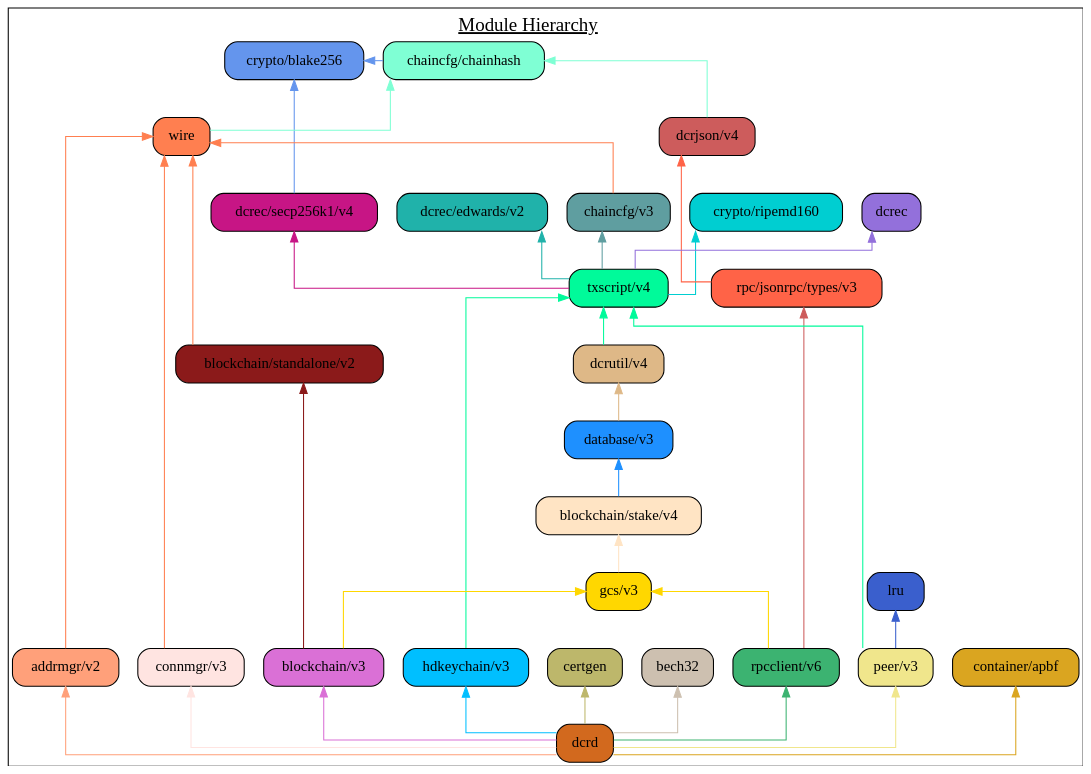
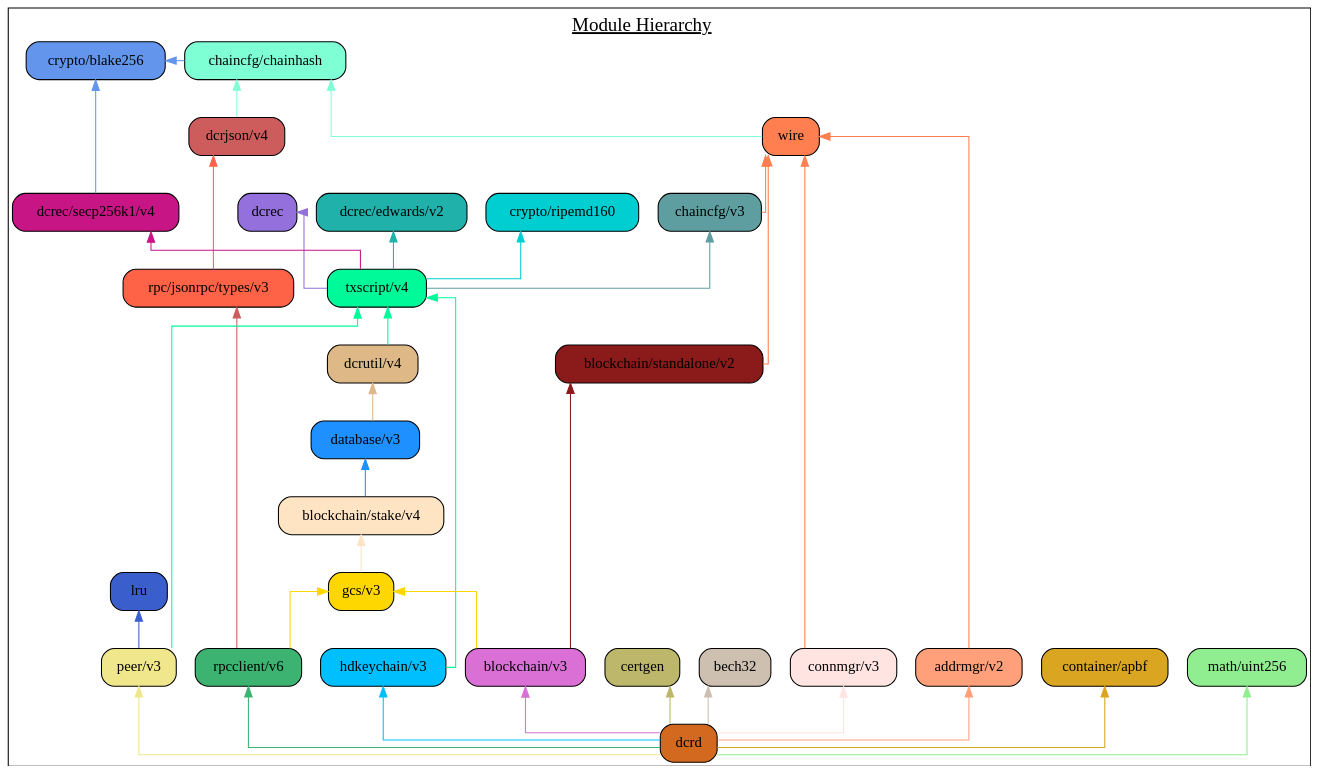
Before and after one commit to decred/dcrd: the diagram in docs/assets/module_hierarchy.gv, drawn with Graphviz. The commit also changed 2 other files, not shown here.

Commit message:
docs: Update for math/uint256 module.
This updates the docs/README.md file, module hierarchy graphviz, and
module hierarchy diagram to reflect the new module.

```diff
--- a/docs/assets/module_hierarchy.gv
+++ b/docs/assets/module_hierarchy.gv
@@ -1,75 +1,77 @@
 digraph {
 	graph [splines=ortho colorscheme=svg label=<<u>Module Hierarchy</u>> labelloc=t fontsize=18.0]
 	node [shape=box style="filled, rounded"]
 
 	blake256 [label="crypto/blake256" fillcolor=cornflowerblue]
 	ripemd160 [label="crypto/ripemd160" fillcolor=darkturquoise]
 	certgen [label="certgen" fillcolor=darkkhaki]
 	bech32 [label="bech32" fillcolor=antiquewhite3]
 	chainhash [label="chaincfg/chainhash" fillcolor=aquamarine]
 	dcrjson [label="dcrjson/v4" fillcolor=indianred]
 	types [label="rpc/jsonrpc/types/v3" fillcolor=tomato]
 	wire [label="wire" fillcolor=coral]
 	addrmgr [label="addrmgr/v2" fillcolor=lightsalmon]
 	chaincfg [label="chaincfg/v3" fillcolor=cadetblue]
 	connmgr [label="connmgr/v3" fillcolor=mistyrose]
 	dcrec [label="dcrec" fillcolor=mediumpurple]
 	edwards [label="dcrec/edwards/v2" fillcolor=lightseagreen]
 	secp256k1 [label="dcrec/secp256k1/v4" fillcolor=mediumvioletred]
 	dcrutil [label="dcrutil/v4" fillcolor=burlywood]
 	database [label="database/v3" fillcolor=dodgerblue]
 	hdkeychain [label="hdkeychain/v3" fillcolor=deepskyblue]
 	txscript [label="txscript/v4" fillcolor=mediumspringgreen]
 	stake [label="blockchain/stake/v4" fillcolor=bisque]
 	standalone [label="blockchain/standalone/v2" fillcolor=firebrick4]
 	gcs [label="gcs/v3" fillcolor=gold]
 	blockchain [label="blockchain/v3" fillcolor=orchid]
 	lru [label="lru" fillcolor=royalblue3]
 	peer [label="peer/v3" fillcolor=khaki]
 	rpcclient [label="rpcclient/v6" fillcolor=mediumseagreen]
 	apbf [label="container/apbf" fillcolor=goldenrod]
+	uint256  [label="math/uint256" fillcolor=lightgreen]
 	dcrd [label="dcrd" fillcolor=chocolate]
 
 	{rank=same blake256 chainhash}
 	{rank=same dcrec secp256k1}
 	{rank=same connmgr addrmgr hdkeychain peer blockchain rpcclient}
 
 	certgen
 	bech32
 	blake256 -> chainhash [dir=back color=cornflowerblue]
 	blake256 -> secp256k1 [dir=back color=cornflowerblue]
 	chaincfg -> txscript [dir=back color=cadetblue]
 	chainhash -> dcrjson [dir=back color=aquamarine]
 	chainhash -> wire [dir=back color=aquamarine]
 	wire -> addrmgr [dir=back color=coral]
 	wire -> chaincfg [dir=back color=coral]
 	wire -> connmgr [dir=back color=coral]
 	wire -> standalone [dir=back color=coral]
 	ripemd160 -> txscript [dir=back color=darkturquoise]
 	dcrec -> txscript [dir=back color=mediumpurple]
 	edwards -> txscript [dir=back color=lightseagreen]
 	secp256k1 -> txscript [dir=back color=mediumvioletred]
 	txscript -> dcrutil [dir=back color=mediumspringgreen]
 	txscript -> hdkeychain [dir=back color=mediumspringgreen]
 	txscript -> peer [dir=back color=mediumspringgreen]
 	dcrutil -> database [dir=back color=burlywood]
 	database -> stake [dir=back color=dodgerblue]
 	stake -> gcs [dir=back color=bisque]
 	standalone -> blockchain [dir=back color=firebrick4]
 	gcs -> blockchain [dir=back color=gold]
 	gcs -> rpcclient [dir=back color=gold]
 
 	lru -> peer [dir=back color=royalblue3]
 	dcrjson -> types [dir=back color=tomato]
 	types -> rpcclient [dir=back color=indianred]
 
 	blockchain -> dcrd [dir=back color=orchid]
 	certgen -> dcrd [dir=back color=darkkhaki]
 	bech32 -> dcrd [dir=back color=antiquewhite3]
 	addrmgr -> dcrd [dir=back color=lightsalmon]
 	hdkeychain -> dcrd [dir=back color=deepskyblue]
 	connmgr -> dcrd [dir=back color=mistyrose]
 	rpcclient -> dcrd [dir=back color=mediumseagreen]
 	peer -> dcrd [dir=back color=khaki]
 	apbf -> dcrd [dir=back color=goldenrod]
+	uint256 -> dcrd [dir=back color=lightgreen]
 }
```
